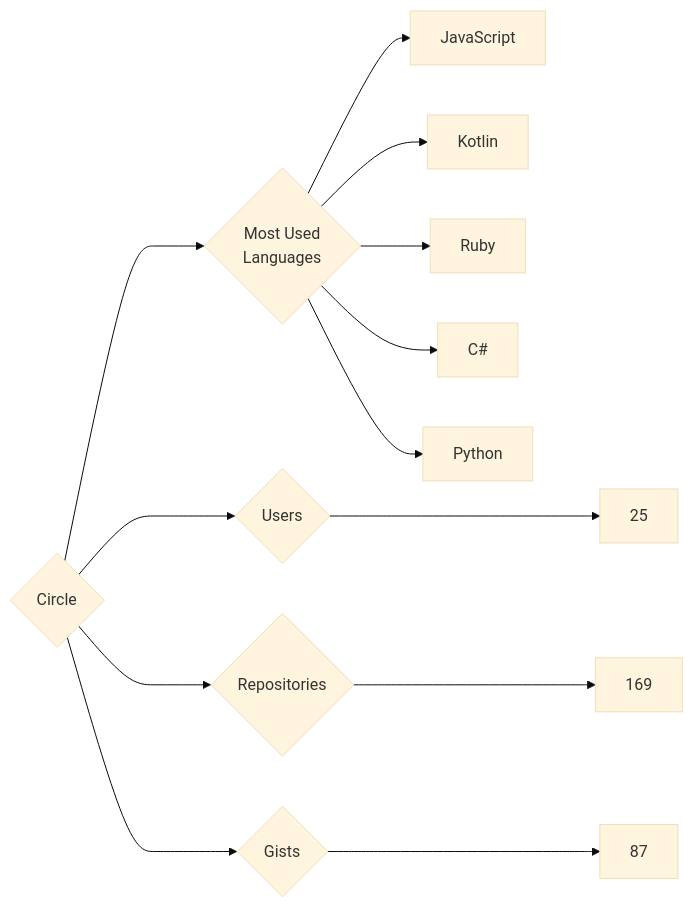
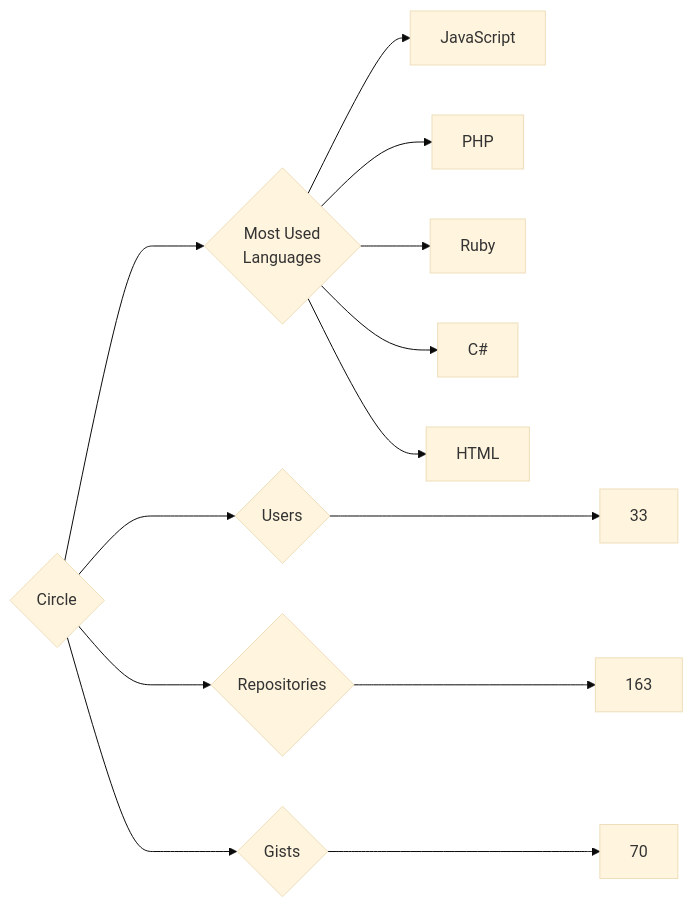
Before and after one commit to trickest/insiders: the diagram in targets/Circle/README.md, drawn with Mermaid (base theme). The commit also changed 1084 other files, not shown here.

````diff
--- a/targets/Circle/README.md
+++ b/targets/Circle/README.md
@@ -3,13 +3,13 @@
 ```mermaid
 graph LR
 COMPANY_NAME{Circle}
-COMPANY_NAME ---> U{Users} ---> UN[25]
-COMPANY_NAME ---> R{Repositories} ---> RN[169]
-COMPANY_NAME ---> G{Gists} ---> GN[87]
+COMPANY_NAME ---> U{Users} ---> UN[33]
+COMPANY_NAME ---> R{Repositories} ---> RN[163]
+COMPANY_NAME ---> G{Gists} ---> GN[70]
 COMPANY_NAME ---> ML{Most Used<br>Languages}
 ML --> JavaScript[JavaScript]
-ML --> Kotlin[Kotlin]
+ML --> PHP[PHP]
 ML --> Ruby[Ruby]
 ML --> C#[C#]
-ML --> Python[Python]
+ML --> HTML[HTML]
 ```
````
